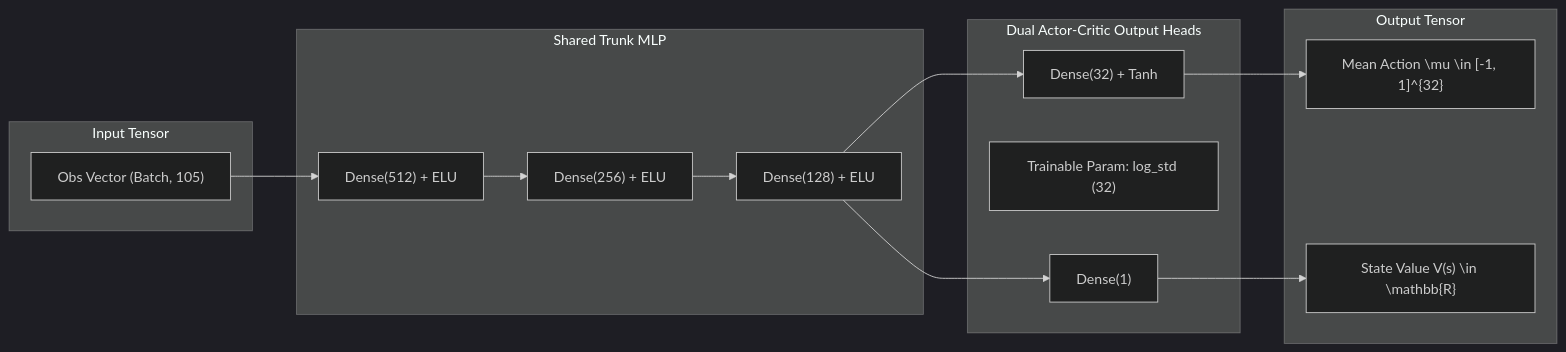
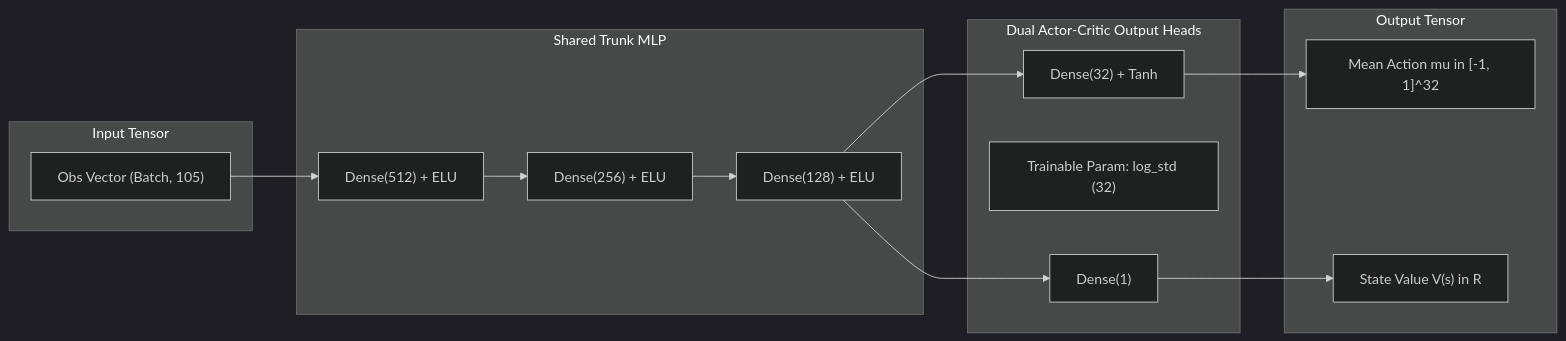
The second of 3 diagrams in README.md (tranvanmanh9325/medical-science), drawn with Mermaid (dark theme) before and after one commit. The commit also changed other lines of this file and 5 other files, not shown here.

````diff
--- a/README.md
+++ b/README.md
@@ -131,29 +134,28 @@
 ```mermaid
 flowchart LR
     subgraph Input["Input Tensor"]
         O["Obs Vector (Batch, 105)"]
     end
 
     subgraph Backbone["Shared Trunk MLP"]
         D1["Dense(512) + ELU"]
         D2["Dense(256) + ELU"]
         D3["Dense(128) + ELU"]
         O --> D1 --> D2 --> D3
     end
 
     subgraph Heads["Dual Actor-Critic Output Heads"]
         ActHead["Dense(32) + Tanh"]
         LogStd["Trainable Param: log_std (32)"]
         CritHead["Dense(1)"]
-        
         D3 --> ActHead
         D3 --> CritHead
     end
 
     subgraph Output["Output Tensor"]
-        Act["Mean Action \mu \in [-1, 1]^{32}"]
-        Val["State Value V(s) \in \mathbb{R}"]
+        Act["Mean Action mu in [-1, 1]^32"]
+        Val["State Value V(s) in R"]
         ActHead --> Act
         CritHead --> Val
     end
 ```
````
